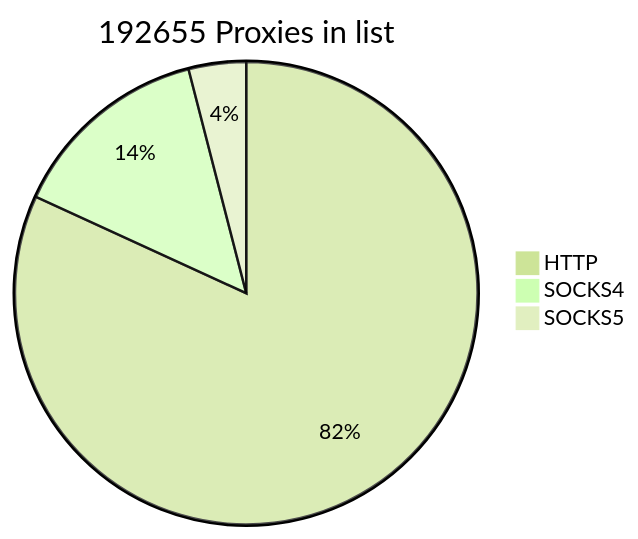
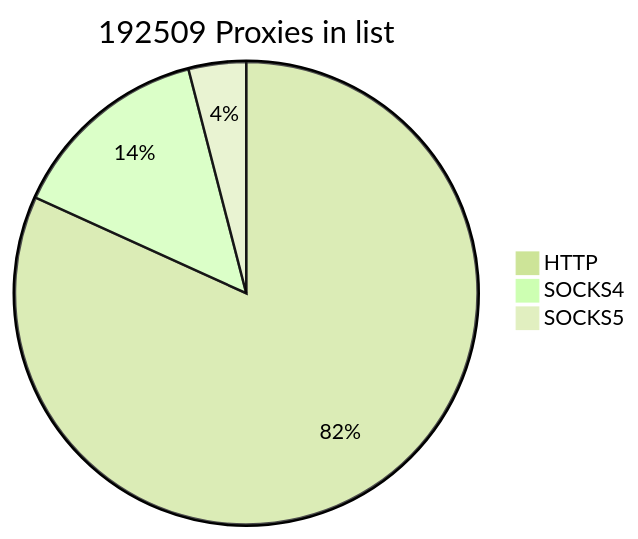
Before and after one commit to cutipu/proxylist: the first of 2 diagrams in README.md, drawn with Mermaid (forest theme). The commit also changed other lines of this file, not shown here.

````diff
--- a/README.md
+++ b/README.md
@@ -2,7 +2,7 @@
 ```mermaid
-pie title 192655 Proxies in list
-    "HTTP" : 157674
-    "SOCKS4" : 27250
-    "SOCKS5" : 7731
+pie title 192509 Proxies in list
+    "HTTP" : 157431
+    "SOCKS4" : 27343
+    "SOCKS5" : 7735
             
 ```
````
